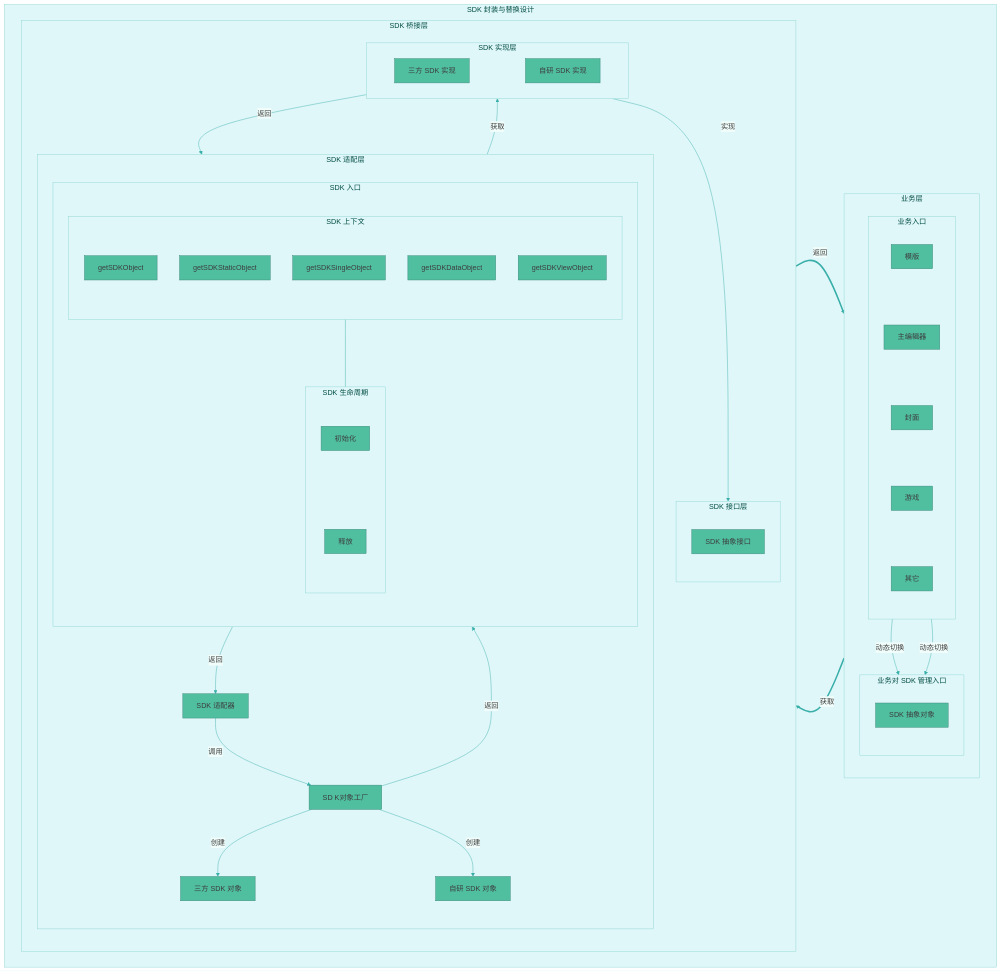
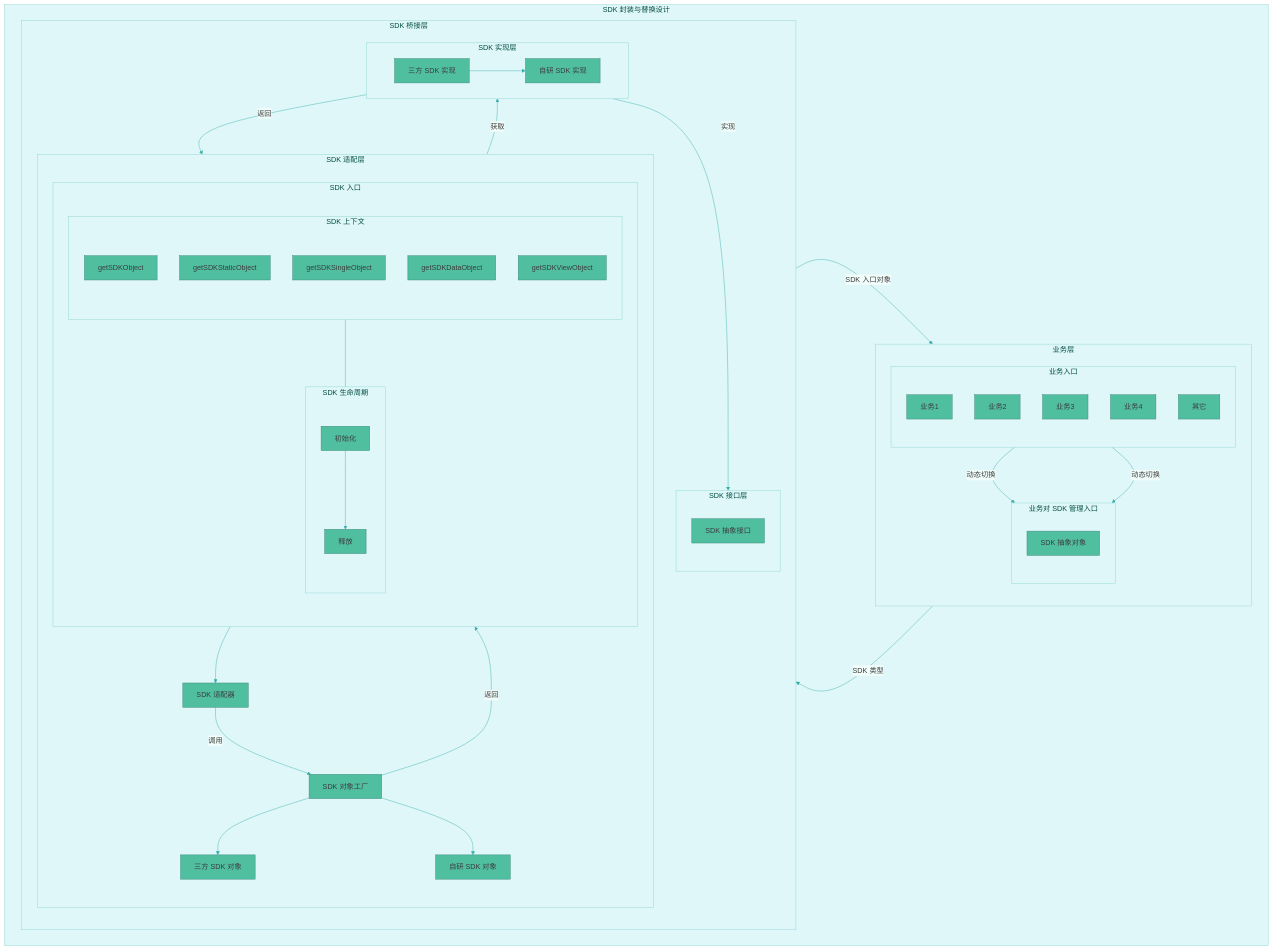
Before and after one commit to WJRye/wjrye.github.io: the second of 4 diagrams in _posts/2023-09-01-SDK.md, drawn with Mermaid. The commit also changed other lines of this file, not shown here.

Commit message:
feat: update post sdk

````diff
--- a/_posts/2023-09-01-SDK.md
+++ b/_posts/2023-09-01-SDK.md
@@ -233,58 +233,63 @@
   }
 }%%
 graph TD
-subgraph SDK[SDK 封装与替换设计]
-subgraph Biz[业务层]
-direction TB
-subgraph BizUser[业务入口]
-Template[模版] ~~~
-Editor[主编辑器] ~~~
-Cover[封面] ~~~
-Game[游戏] ~~~
-Othter[其它]
-end
-subgraph SDKEnter[业务对 SDK 管理入口]
-SDKObjectInterface[SDK 抽象对象]
-end 
-BizUser--动态切换-->SDKEnter
-BizUser--动态切换-->SDKEnter
-end
-subgraph SDKManager[SDK 桥接层]
-direction TB
-subgraph SDKAdapter[SDK 适配层]
-subgraph SDKObject[SDK 入口]
-subgraph Context[SDK 上下文]
-getSDKObject 
-getSDKStaticObject
-getSDKSingleObject
-getSDKDataObject
-getSDKViewObject
-end
-subgraph LifeCycle[SDK 生命周期]
-init[初始化] ~~~ release[释放]
-end
-Context --- LifeCycle
-end
-Adapter[SDK 适配器] --调用--> Factory
-Factory[SD K对象工厂] --返回--> SDKObject --返回--> Adapter
+    subgraph SDK[SDK 封装与替换设计]
+        subgraph Biz[业务层]
+            direction TB
+            subgraph BizUser[业务入口]
+                direction TB
+                Template[业务1]
+                Editor[业务2]
+                Cover[业务3]
+                Game[业务4]
+                Othter[其它]
+            end
+            subgraph SDKEnter[业务对 SDK 管理入口]
+                SDKObjectInterface[SDK 抽象对象]
+            end 
+            BizUser -->|动态切换| SDKEnter
+            BizUser -->|动态切换| SDKEnter
+        end
 
+        subgraph SDKManager[SDK 桥接层]
+            direction TB
+            subgraph SDKAdapter[SDK 适配层]
+                subgraph SDKObject[SDK 入口]
+                    subgraph Context[SDK 上下文]
+                        getSDKObject
+                        getSDKStaticObject
+                        getSDKSingleObject
+                        getSDKDataObject
+                        getSDKViewObject
+                    end
+                    subgraph LifeCycle[SDK 生命周期]
+                        init[初始化] --> release[释放]
+                    end
+                    Context --- LifeCycle
+                end
+                Adapter[SDK 适配器] -->|调用| Factory
+                Factory[SDK 对象工厂] -->|返回| SDKObject
+                SDKObject --> Adapter
 
-Factory --创建--> ThirdObject[三方 SDK 对象]
-Factory --创建--> SlefObject[自研 SDK 对象]
+                Factory --> ThirdObject[三方 SDK 对象]
+                Factory --> SelfObject[自研 SDK 对象]
+            end
 
-end
-subgraph SDKInterface[SDK 接口层]
-Interface[SDK 抽象接口]
-end
-subgraph SDKImpl[SDK 实现层]
-direction LR
-ThirdSDK[三方 SDK 实现] ~~~ SelfSDK[自研 SDK 实现]
-end
-SDKAdapter--获取-->SDKImpl
-SDKImpl--返回-->SDKAdapter
-SDKImpl--实现-->SDKInterface
-end
-SDKEnter==获取==>SDKManager
-SDKManager==返回==>SDKEnter
-end
+            subgraph SDKInterface[SDK 接口层]
+                Interface[SDK 抽象接口]
+            end
+
+            subgraph SDKImpl[SDK 实现层]
+                direction LR
+                ThirdSDK[三方 SDK 实现] --> SelfSDK[自研 SDK 实现]
+            end
+
+            SDKAdapter -->|获取| SDKImpl
+            SDKImpl -->|返回| SDKAdapter
+            SDKImpl -->|实现| SDKInterface
+        end
+
+        SDKEnter -->|SDK 类型| SDKManager
+        SDKManager -->|SDK 入口对象|SDKEnter
+    end
 ```
````
